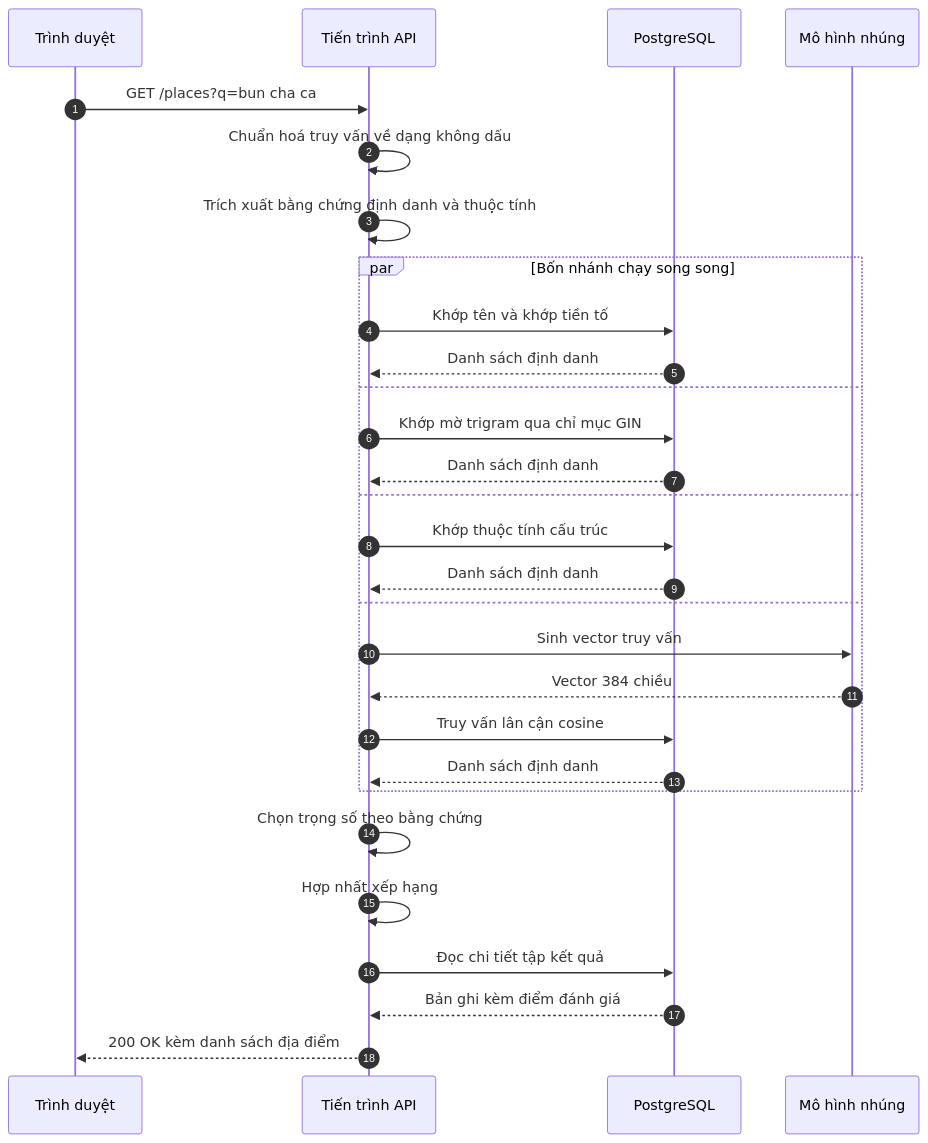
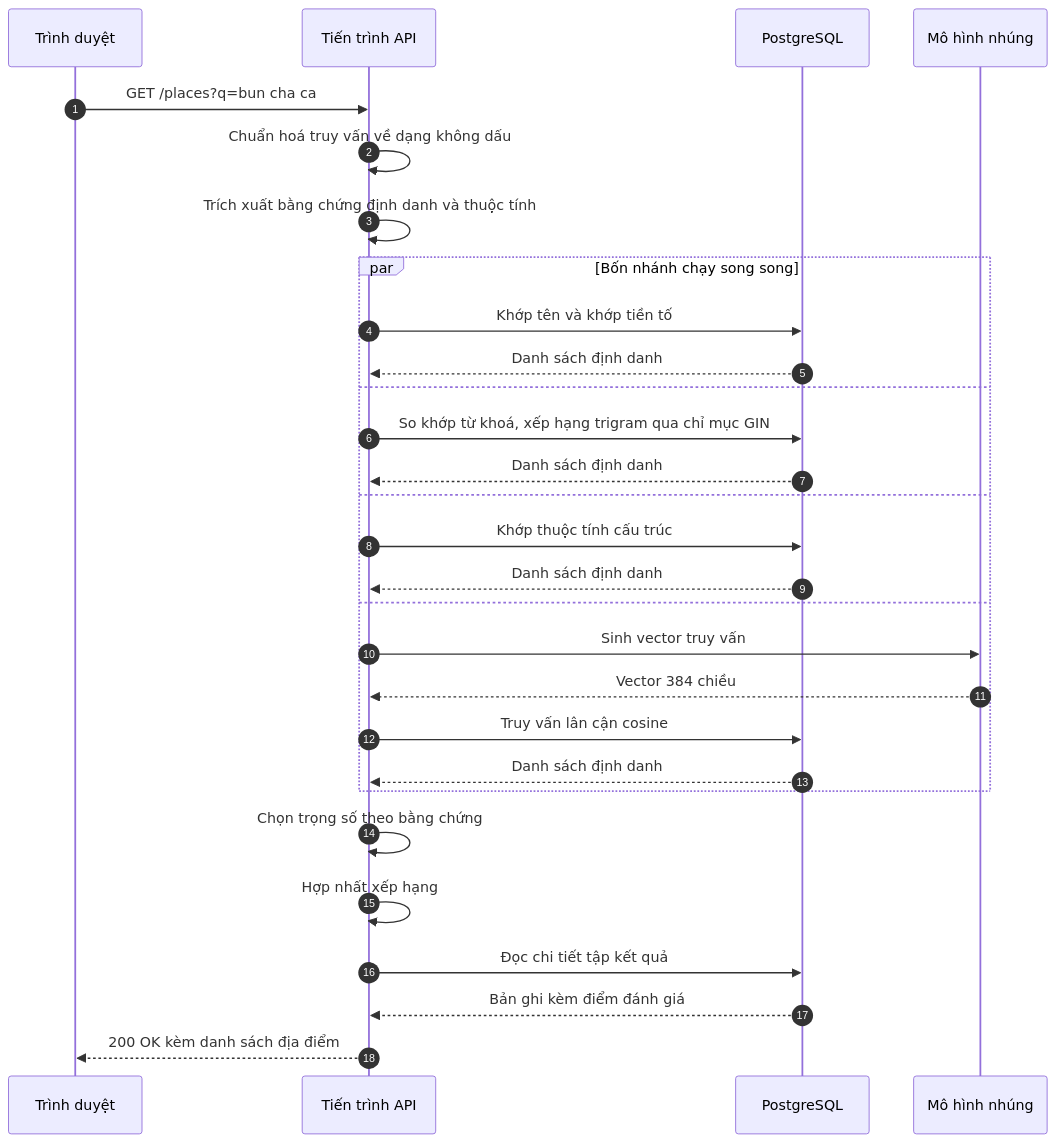
The third of 16 diagrams in docs/bao-cao/BAO-CAO-DO-AN.md (longqt321/Rendez-PBL6), drawn with Mermaid before and after one commit. The commit also changed other lines of this file, not shown here.

````diff
--- a/docs/bao-cao/BAO-CAO-DO-AN.md
+++ b/docs/bao-cao/BAO-CAO-DO-AN.md
@@ -532,32 +544,32 @@
 ```mermaid
 sequenceDiagram
     autonumber
     participant B as Trình duyệt
     participant A as Tiến trình API
     participant D as PostgreSQL
     participant V as Mô hình nhúng
 
     B->>A: GET /places?q=bun cha ca
     A->>A: Chuẩn hoá truy vấn về dạng không dấu
     A->>A: Trích xuất bằng chứng định danh và thuộc tính
     par Bốn nhánh chạy song song
         A->>D: Khớp tên và khớp tiền tố
         D-->>A: Danh sách định danh
     and
-        A->>D: Khớp mờ trigram qua chỉ mục GIN
+        A->>D: So khớp từ khoá, xếp hạng trigram qua chỉ mục GIN
         D-->>A: Danh sách định danh
     and
         A->>D: Khớp thuộc tính cấu trúc
         D-->>A: Danh sách định danh
     and
         A->>V: Sinh vector truy vấn
         V-->>A: Vector 384 chiều
         A->>D: Truy vấn lân cận cosine
         D-->>A: Danh sách định danh
     end
     A->>A: Chọn trọng số theo bằng chứng
     A->>A: Hợp nhất xếp hạng
     A->>D: Đọc chi tiết tập kết quả
     D-->>A: Bản ghi kèm điểm đánh giá
     A-->>B: 200 OK kèm danh sách địa điểm
 ```
````
